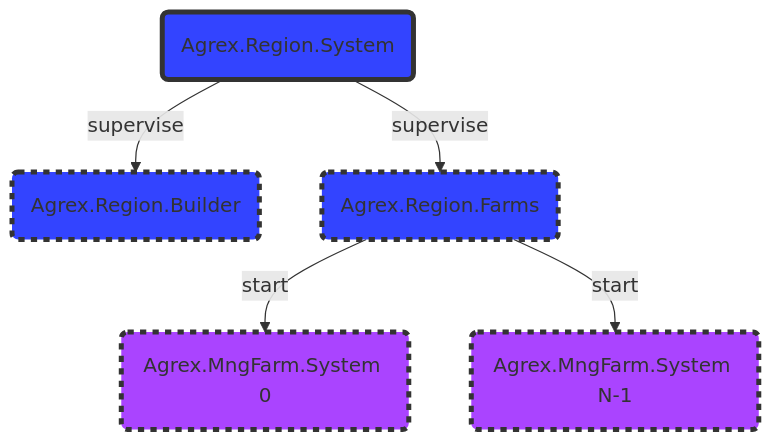
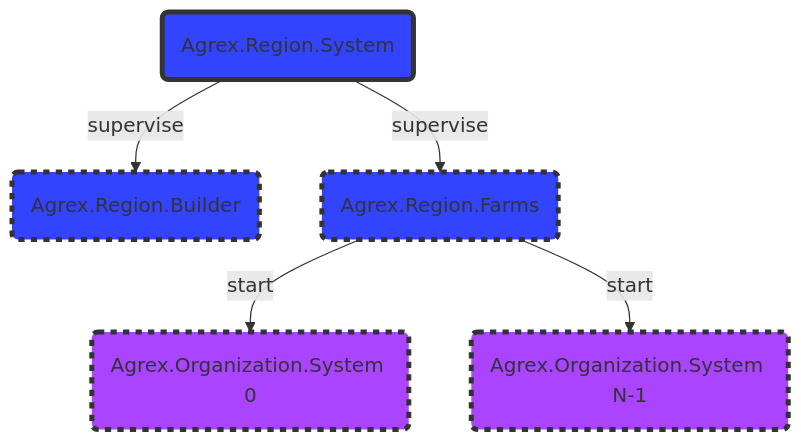
One commit to beam-campus/logatron changed the diagram in system/apps/logatron_edge/lib/region/readme.md. Above: the diagram before and after it, drawn with Mermaid. The commit also changed 151 other files, not shown here.

````diff
--- a/system/apps/logatron_edge/lib/region/readme.md
+++ b/system/apps/logatron_edge/lib/region/readme.md
@@ -13,13 +13,13 @@
 ```mermaid  
 graph TD;
     A(Agrex.Region.System) -->|supervise| B(Agrex.Region.Builder)
     A -->|supervise| C(Agrex.Region.Farms)
-    C -->|start| D(Agrex.MngFarm.System 0)
-    C -->|start| E(Agrex.MngFarm.System N-1)
+    C -->|start| D(Agrex.Organization.System 0)
+    C -->|start| E(Agrex.Organization.System N-1)
     style A fill: #34f, stroke: #333, stroke-width: 4px 
     style B fill: #34f, stroke: #333, stroke-width: 4px, stroke-dasharray: 5,5
     style C fill: #34f, stroke: #333, stroke-width: 4px, stroke-dasharray: 5,5
     style D fill: #a4f, stroke: #333, stroke-width: 4px, stroke-dasharray: 5,5
     style E fill: #a4f, stroke: #333, stroke-width: 4px, stroke-dasharray: 5,5
 
 ```
````
